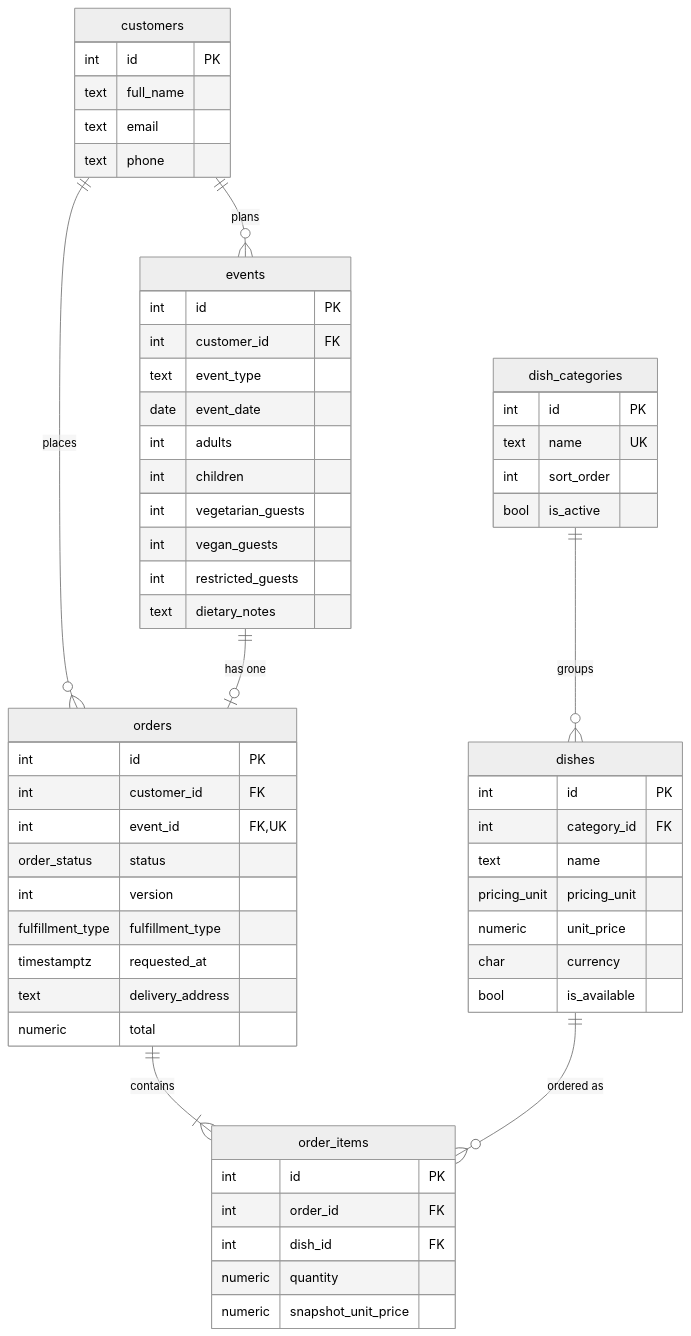
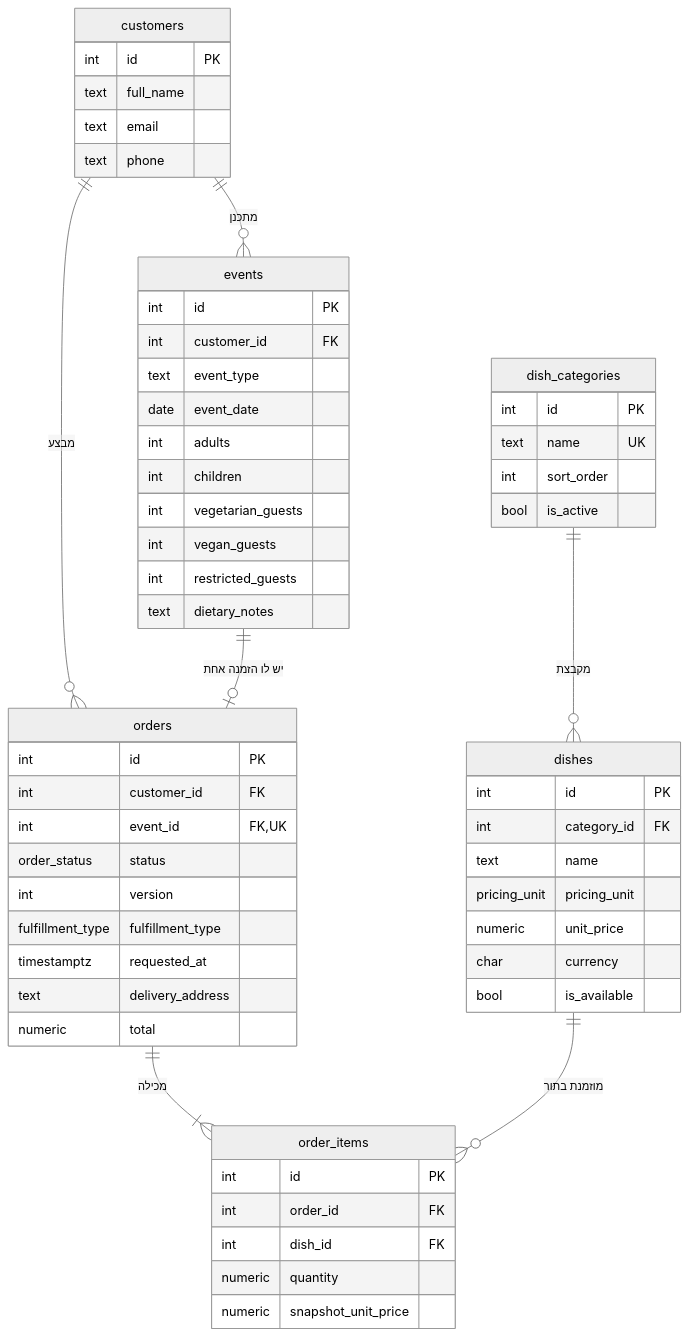
One commit to JonathanZouari/ai-catering-platform changed the diagram in docs/ERD.md. Above: the diagram before and after it, drawn with Mermaid (neutral theme). The commit also changed other lines of this file, not shown here.

Commit message:
docs(erd): translate ERD document to Hebrew

````diff
--- a/docs/ERD.md
+++ b/docs/ERD.md
@@ -5,61 +6,61 @@
 ```mermaid
 erDiagram
-    customers ||--o{ events : "plans"
-    customers ||--o{ orders : "places"
-    events ||--o| orders : "has one"
-    orders ||--|{ order_items : "contains"
-    dish_categories ||--o{ dishes : "groups"
-    dishes ||--o{ order_items : "ordered as"
+    customers ||--o{ events : "מתכנן"
+    customers ||--o{ orders : "מבצע"
+    events ||--o| orders : "יש לו הזמנה אחת"
+    orders ||--|{ order_items : "מכילה"
+    dish_categories ||--o{ dishes : "מקבצת"
+    dishes ||--o{ order_items : "מוזמנת בתור"
 
     customers {
         int id PK
         text full_name
         text email
         text phone
     }
     events {
         int id PK
         int customer_id FK
         text event_type
         date event_date
         int adults
         int children
         int vegetarian_guests
         int vegan_guests
         int restricted_guests
         text dietary_notes
     }
     dish_categories {
         int id PK
         text name UK
         int sort_order
         bool is_active
     }
     dishes {
         int id PK
         int category_id FK
         text name
         pricing_unit pricing_unit
         numeric unit_price
         char currency
         bool is_available
     }
     orders {
         int id PK
         int customer_id FK
         int event_id FK,UK
         order_status status
         int version
         fulfillment_type fulfillment_type
         timestamptz requested_at
         text delivery_address
         numeric total
     }
     order_items {
         int id PK
         int order_id FK
         int dish_id FK
         numeric quantity
         numeric snapshot_unit_price
     }
 ```
````
